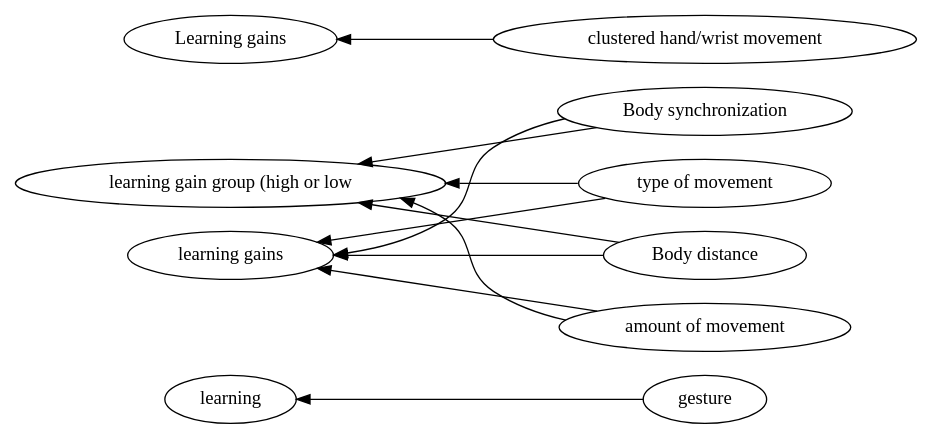
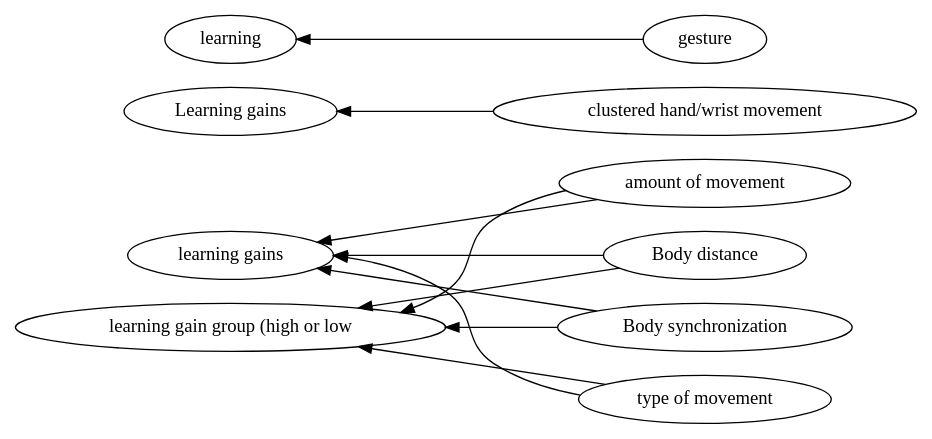
One commit to hgse-schneider/mmca changed the diagram in graphviz/Body -> learning.gv. Above: the diagram before and after it, drawn with Graphviz. The commit also changed 154 other files, not shown here.

```diff
--- a/graphviz/Body -> learning.gv
+++ b/graphviz/Body -> learning.gv
@@ -1,28 +1,28 @@
 digraph Test {
 	rankdir=RL
 	size="15,15"
 	overlap=false
 	splines=true
-	{rank=same; "gesture" "Body distance" "amount of movement" "Body synchronization" "type of movement" "clustered hand/wrist movement";}
-	{rank=same; "Learning gains" "learning gain group (high or low" "learning" "learning gains";}
+	{rank=same; "Body synchronization" "clustered hand/wrist movement" "type of movement" "amount of movement" "gesture" "Body distance";}
+	{rank=same; "learning gains" "Learning gains" "learning gain group (high or low" "learning";}
 	gesture [href="https://scholar.google.com/scholar?hl=en&q=The%20Additive%20Value%20of%20Multimodal%20Features%20for%20Predicting%20Engagement,%20Frustration,%20and%20Learning%20during%20Tutoring"]
 	gesture -> learning
 	"clustered hand/wrist movement" [href="https://scholar.google.com/scholar?hl=en&q=(Dis)Engagement%20Maters:%20Identifying%20Efficacious%20Learning%20Practices%20with%20Multimodal%20Learning%20Analytics"]
 	"clustered hand/wrist movement" -> "Learning gains"
 	"amount of movement" [href="https://scholar.google.com/scholar?hl=en&q=Unraveling%20Students'%20Interaction%20around%20a%20Tangible%20Interface%20Using%20Multimodal%20Learning%20Analytics."]
 	"amount of movement" -> "learning gains"
 	"type of movement" [href="https://scholar.google.com/scholar?hl=en&q=Unraveling%20Students'%20Interaction%20around%20a%20Tangible%20Interface%20Using%20Multimodal%20Learning%20Analytics."]
 	"type of movement" -> "learning gains"
 	"Body synchronization" [href="https://scholar.google.com/scholar?hl=en&q=Unraveling%20Students'%20Interaction%20around%20a%20Tangible%20Interface%20Using%20Multimodal%20Learning%20Analytics."]
 	"Body synchronization" -> "learning gains"
 	"Body distance" [href="https://scholar.google.com/scholar?hl=en&q=Unraveling%20Students'%20Interaction%20around%20a%20Tangible%20Interface%20Using%20Multimodal%20Learning%20Analytics."]
 	"Body distance" -> "learning gains"
 	"amount of movement" [href="https://scholar.google.com/scholar?hl=en&q=Unraveling%20Students'%20Interaction%20around%20a%20Tangible%20Interface%20Using%20Multimodal%20Learning%20Analytics."]
 	"amount of movement" -> "learning gain group (high or low"
 	"type of movement" [href="https://scholar.google.com/scholar?hl=en&q=Unraveling%20Students'%20Interaction%20around%20a%20Tangible%20Interface%20Using%20Multimodal%20Learning%20Analytics."]
 	"type of movement" -> "learning gain group (high or low"
 	"Body synchronization" [href="https://scholar.google.com/scholar?hl=en&q=Unraveling%20Students'%20Interaction%20around%20a%20Tangible%20Interface%20Using%20Multimodal%20Learning%20Analytics."]
 	"Body synchronization" -> "learning gain group (high or low"
 	"Body distance" [href="https://scholar.google.com/scholar?hl=en&q=Unraveling%20Students'%20Interaction%20around%20a%20Tangible%20Interface%20Using%20Multimodal%20Learning%20Analytics."]
 	"Body distance" -> "learning gain group (high or low"
 }
```
